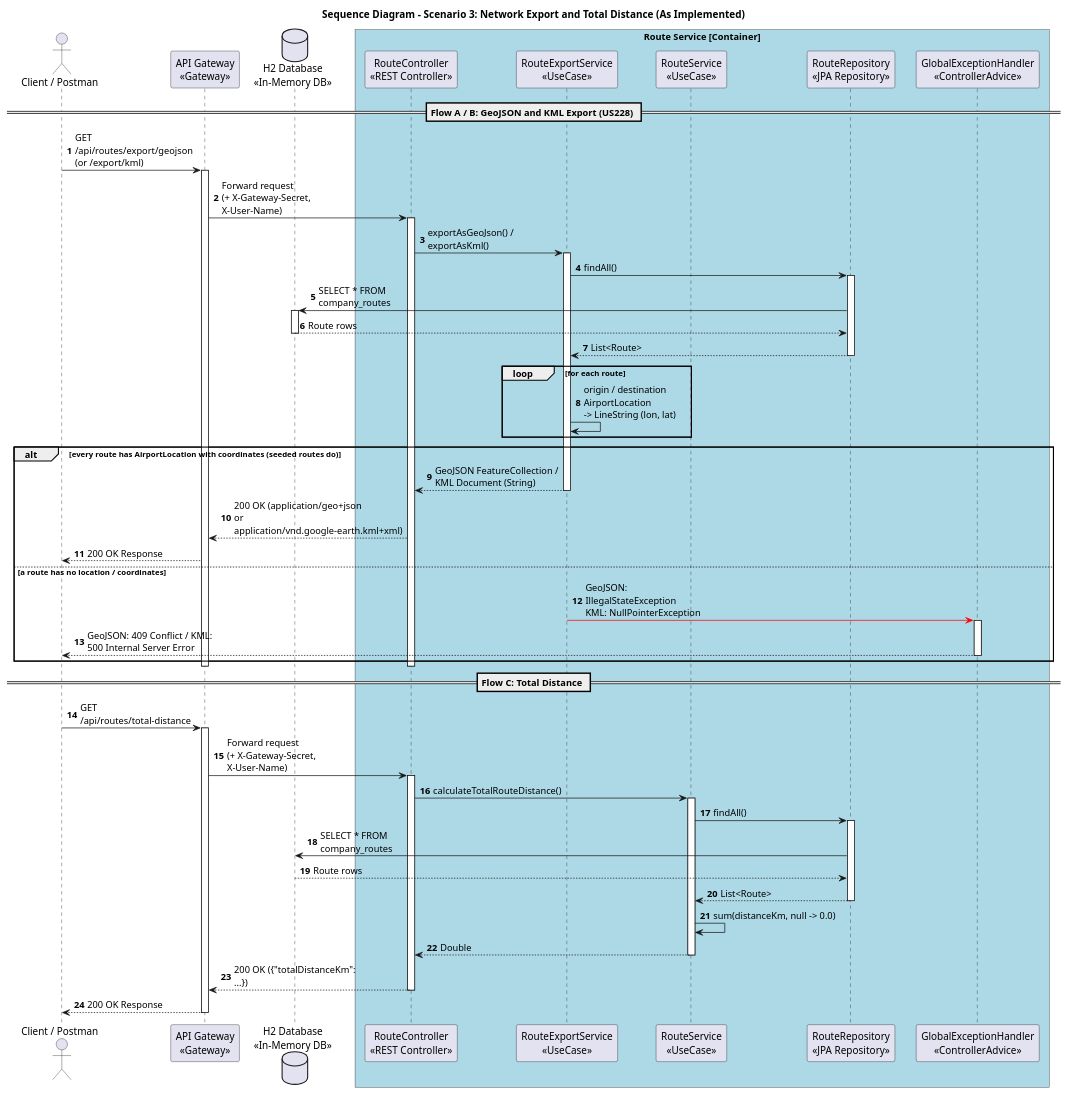
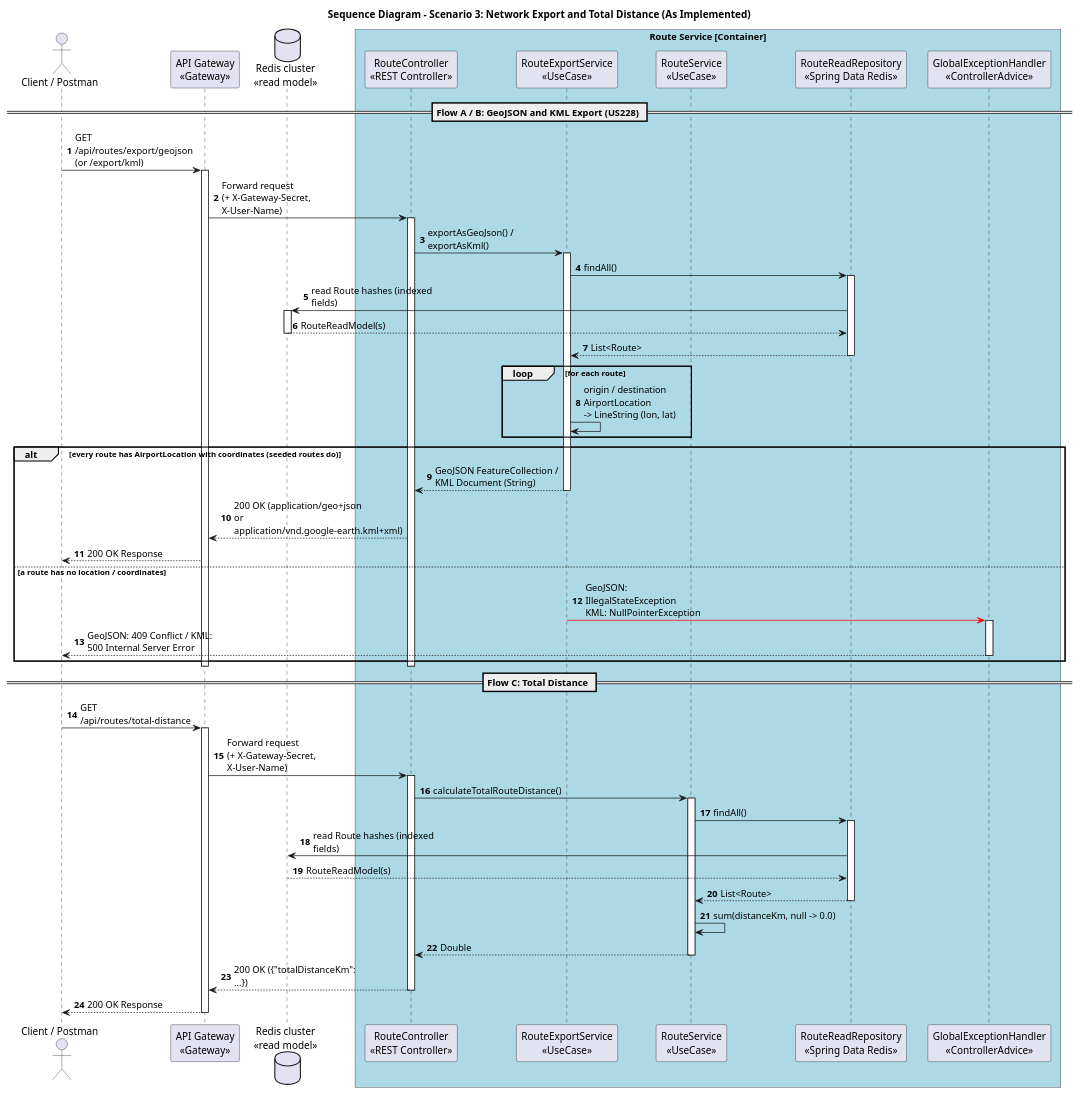
Before and after one commit to 8126Lucas/SIDIS_G6_3DA: the diagram in route-service/docs/sequence-diagrams/scenario-3-export-network.puml, drawn with PlantUML. The commit also changed 44 other files, not shown here.

First line of the commit message:
Update CQRS architecture documentation

```diff
--- a/route-service/docs/sequence-diagrams/scenario-3-export-network.puml
+++ b/route-service/docs/sequence-diagrams/scenario-3-export-network.puml
@@ -1,89 +1,89 @@
 @startuml
 skinparam responseMessageBelowArrow true
 skinparam maxMessageSize 180
 skinparam boxPadding 10
 skinparam participantPadding 10
 skinparam shadowing false
 
 title Sequence Diagram - Scenario 3: Network Export and Total Distance (As Implemented)
 
 autonumber
 
 actor "Client / Postman" as client
 participant "API Gateway\n<<Gateway>>" as gateway
 participant "RouteController\n<<REST Controller>>" as controller
 participant "RouteExportService\n<<UseCase>>" as export_uc
 participant "RouteService\n<<UseCase>>" as route_uc
-participant "RouteRepository\n<<JPA Repository>>" as repo
-database "H2 Database\n<<In-Memory DB>>" as db
+participant "RouteReadRepository\n<<Spring Data Redis>>" as repo
+database "Redis cluster\n<<read model>>" as db
 participant "GlobalExceptionHandler\n<<ControllerAdvice>>" as exception_handler
 
 box "Route Service [Container]" #LightBlue
     participant controller
     participant export_uc
     participant route_uc
     participant repo
     participant exception_handler
 end box
 
 == Flow A / B: GeoJSON and KML Export (US228) ==
 
 client -> gateway : GET /api/routes/export/geojson\n(or /export/kml)
 activate gateway
 gateway -> controller : Forward request\n(+ X-Gateway-Secret, X-User-Name)
 activate controller
 
 controller -> export_uc : exportAsGeoJson() / exportAsKml()
 activate export_uc
 export_uc -> repo : findAll()
 activate repo
-repo -> db : SELECT * FROM company_routes
+repo -> db : read Route hashes (indexed fields)
 activate db
-db --> repo : Route rows
+db --> repo : RouteReadModel(s)
 deactivate db
 repo --> export_uc : List<Route>
 deactivate repo
 
 loop for each route
     export_uc -> export_uc : origin / destination AirportLocation\n-> LineString (lon, lat)
 end
 
 alt every route has AirportLocation with coordinates (seeded routes do)
     export_uc --> controller : GeoJSON FeatureCollection / KML Document (String)
     deactivate export_uc
     controller --> gateway : 200 OK (application/geo+json\nor application/vnd.google-earth.kml+xml)
     gateway --> client : 200 OK Response
 else a route has no location / coordinates
     export_uc -[#red]> exception_handler : GeoJSON: IllegalStateException\nKML: NullPointerException
     activate exception_handler
     exception_handler --> client : GeoJSON: 409 Conflict / KML: 500 Internal Server Error
     deactivate exception_handler
 end
 deactivate controller
 deactivate gateway
 
 == Flow C: Total Distance ==
 
 client -> gateway : GET /api/routes/total-distance
 activate gateway
 gateway -> controller : Forward request\n(+ X-Gateway-Secret, X-User-Name)
 activate controller
 
 controller -> route_uc : calculateTotalRouteDistance()
 activate route_uc
 route_uc -> repo : findAll()
 activate repo
-repo -> db : SELECT * FROM company_routes
-db --> repo : Route rows
+repo -> db : read Route hashes (indexed fields)
+db --> repo : RouteReadModel(s)
 repo --> route_uc : List<Route>
 deactivate repo
 route_uc -> route_uc : sum(distanceKm, null -> 0.0)
 route_uc --> controller : Double
 deactivate route_uc
 
 controller --> gateway : 200 OK ({"totalDistanceKm": ...})
 deactivate controller
 gateway --> client : 200 OK Response
 deactivate gateway
 
 @enduml
```
